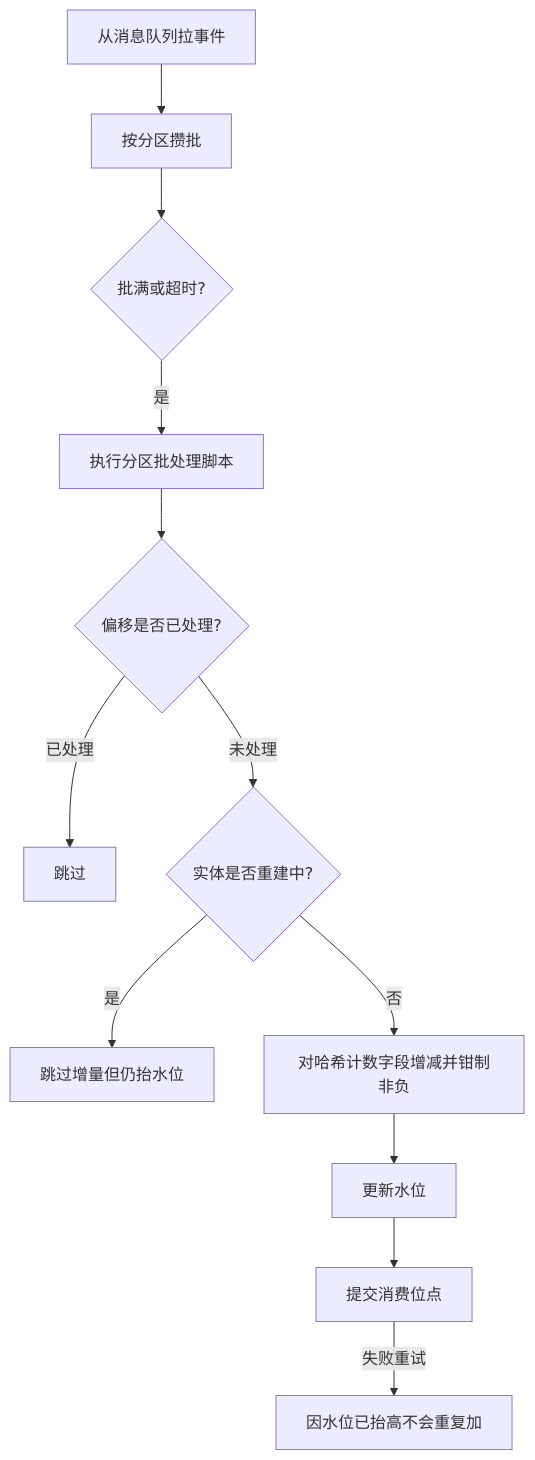
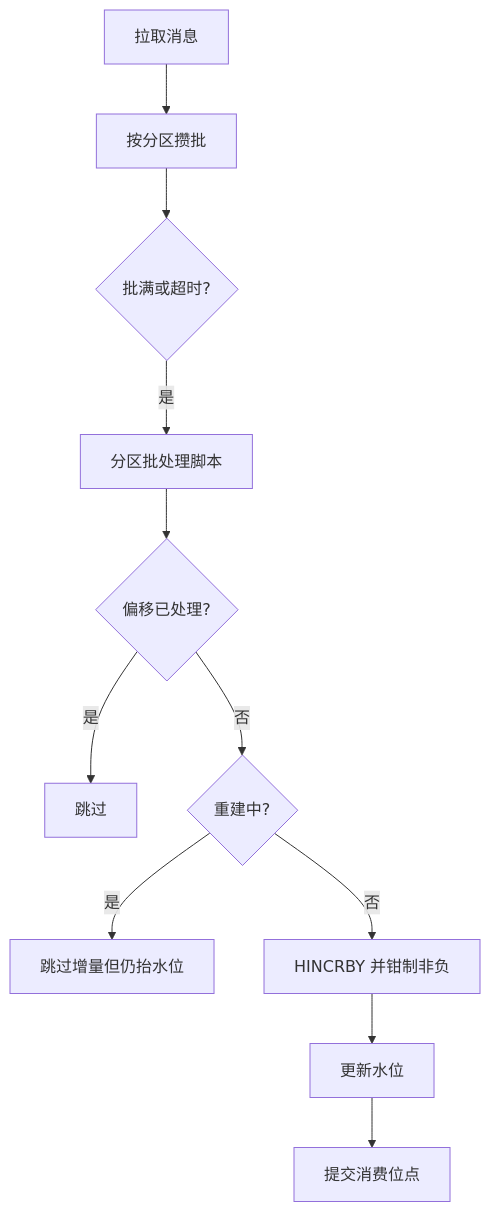
The second of 4 diagrams in docs/modules/05-点赞收藏计数模块.md (bitladykiller/zhiguang_go), drawn with Mermaid before and after one commit. The commit also changed other lines of this file and 13 other files, not shown here.

````diff
--- a/docs/modules/05-点赞收藏计数模块.md
+++ b/docs/modules/05-点赞收藏计数模块.md
@@ -504,14 +79,13 @@
 ```mermaid
 flowchart TD
-    A[从消息队列拉事件] --> B[按分区攒批]
+    A[拉取消息] --> B[按分区攒批]
     B --> C{批满或超时?}
-    C -->|是| D[执行分区批处理脚本]
-    D --> E{偏移是否已处理?}
-    E -->|已处理| F[跳过]
-    E -->|未处理| G{实体是否重建中?}
+    C -->|是| D[分区批处理脚本]
+    D --> E{偏移已处理?}
+    E -->|是| F[跳过]
+    E -->|否| G{重建中?}
     G -->|是| H[跳过增量但仍抬水位]
-    G -->|否| I[对哈希计数字段增减并钳制非负]
+    G -->|否| I[HINCRBY 并钳制非负]
     I --> J[更新水位]
     J --> K[提交消费位点]
-    K -->|失败重试| L[因水位已抬高不会重复加]
 ```
````
